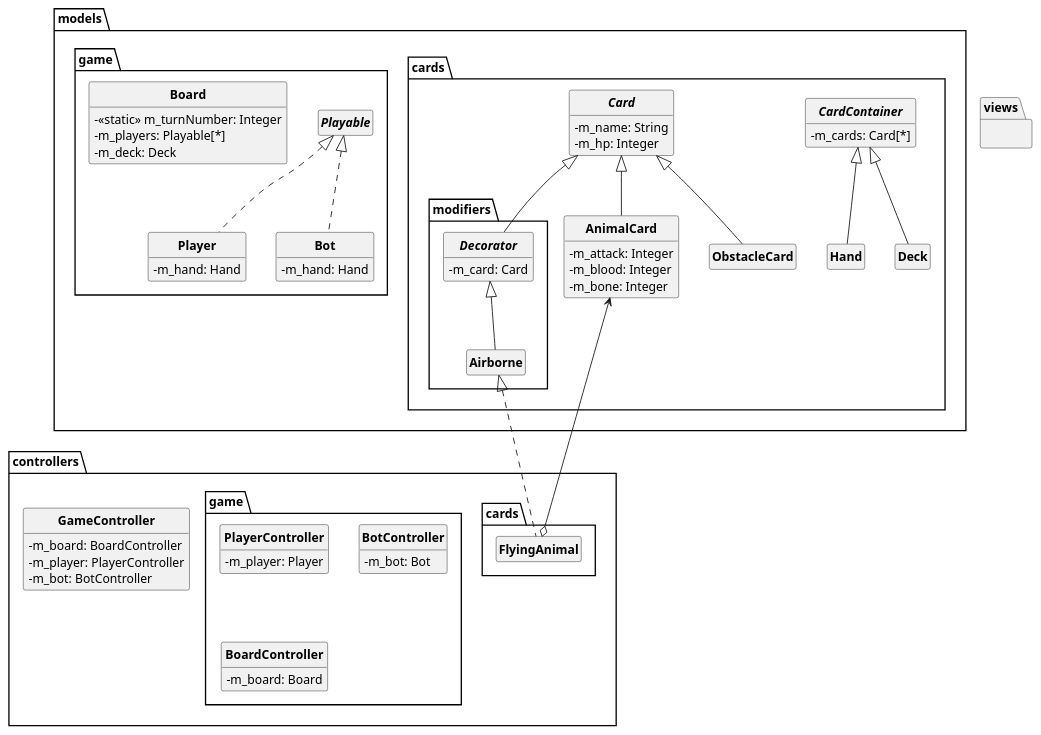
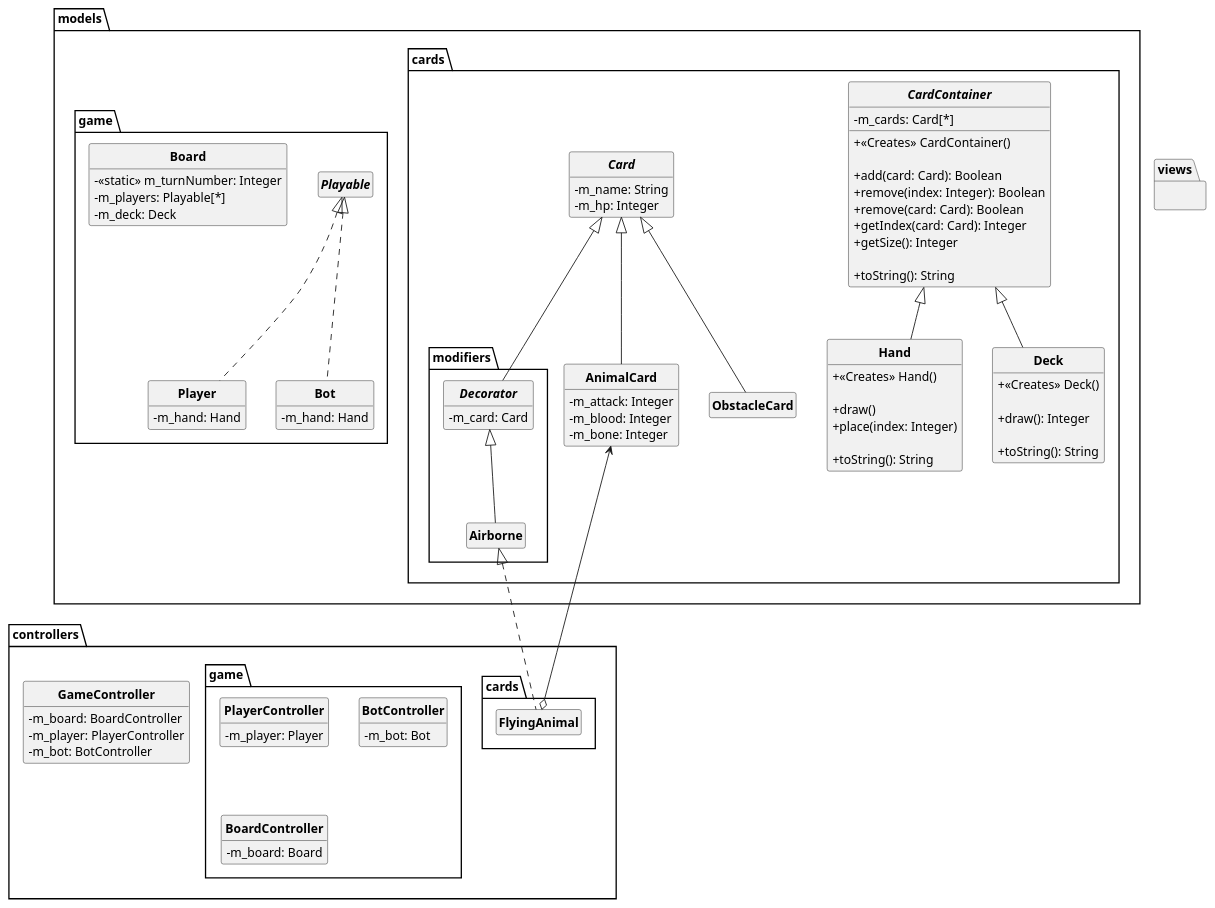
Before and after one commit to Guyomeuh/inscryption-tui: the diagram in uml/classes.puml, drawn with PlantUML.

Commit message:
ajouté méthodes à CardContainer, Hand et Deck

```diff
--- a/uml/classes.puml
+++ b/uml/classes.puml
@@ -1,97 +1,118 @@
 @startuml
 
 skinparam classAttributeIconSize 0
 skinparam classFontStyle Bold
 skinparam style strictuml
 hide empty members
 
 package models {
     package cards {
         abstract class CardContainer {
             - m_cards: Card[*]
+
+            + <<Creates>> CardContainer()
+
+            + add(card: Card): Boolean
+            + remove(index: Integer): Boolean
+            + remove(card: Card): Boolean 
+            + getIndex(card: Card): Integer
+            + getSize(): Integer
+
+            + toString(): String
         }
 
         class Deck extends CardContainer {
+            + <<Creates>> Deck()
+
+            + draw(): Integer
+
+            + toString(): String
         }
 
         class Hand extends CardContainer {
+            + <<Creates>> Hand()
+
+            + draw()
+            + place(index: Integer)
+
+            + toString(): String
         }
 
         abstract class Card {
             - m_name: String 
             - m_hp: Integer
         }
 
         class AnimalCard extends Card {
             - m_attack: Integer 
             - m_blood: Integer 
             - m_bone: Integer 
         }
 
         class ObstacleCard extends Card {
         }
 
         package modifiers {
             abstract class Decorator extends models.cards.Card {
                 - m_card: Card
             } 
 
             class Airborne extends Decorator {
 
             }
         }
     }
 
     package game {
         interface Playable {
         }
 
         class Player implements Playable {
             - m_hand: Hand
         }
 
         class Bot implements Playable {
             - m_hand: Hand
         }
 
         class Board {
             - <<static>> m_turnNumber: Integer
             - m_players: Playable[*]
             - m_deck: Deck
         }
     }
 }
 
 package views {
 }
 
 package controllers {
     package cards {
         class FlyingAnimal implements models.cards.modifiers.Airborne {
         }
 
         FlyingAnimal o-U-> models.cards.AnimalCard
     }
 
     package game {
         class PlayerController {
             - m_player: Player
         }
 
         class BotController {
             - m_bot: Bot 
         }
 
         class BoardController {
             - m_board: Board
         }
     }
 
     class GameController {
         - m_board: BoardController 
         - m_player: PlayerController
         - m_bot: BotController 
     }
 }
 
 @enduml
```
